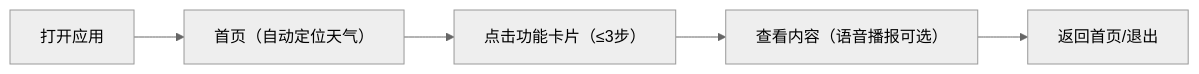
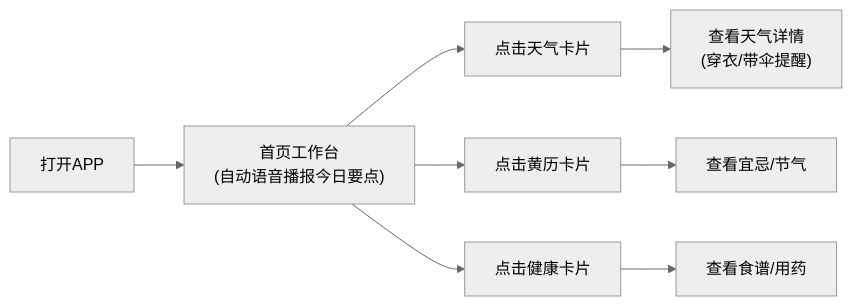
Before and after one commit to ccpen199/Trae-solo: the first of 3 diagrams in .trae/documents/PRD.md, drawn with Mermaid (neutral theme). The commit also changed other lines of this file and 66 other files, not shown here.

````diff
--- a/.trae/documents/PRD.md
+++ b/.trae/documents/PRD.md
@@ -52,7 +53,7 @@
 ```mermaid
 flowchart LR
-    A["打开应用"] --> B["首页（自动定位天气）"]
-    B --> C["点击功能卡片（≤3步）"]
-    C --> D["查看内容（语音播报可选）"]
-    D --> E["返回首页/退出"]
+    A["打开APP"] --> B["首页工作台<br/>(自动语音播报今日要点)"]
+    B --> C["点击天气卡片"] --> D["查看天气详情<br/>(穿衣/带伞提醒)"]
+    B --> E["点击黄历卡片"] --> F["查看宜忌/节气"]
+    B --> G["点击健康卡片"] --> H["查看食谱/用药"]
 ```
````
